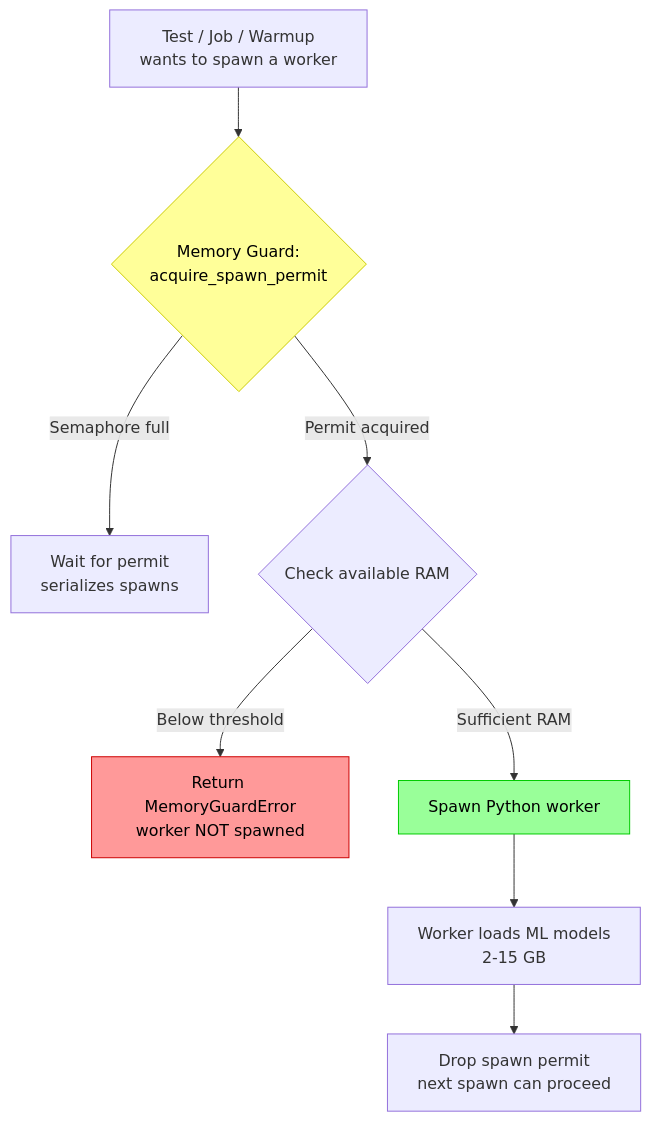
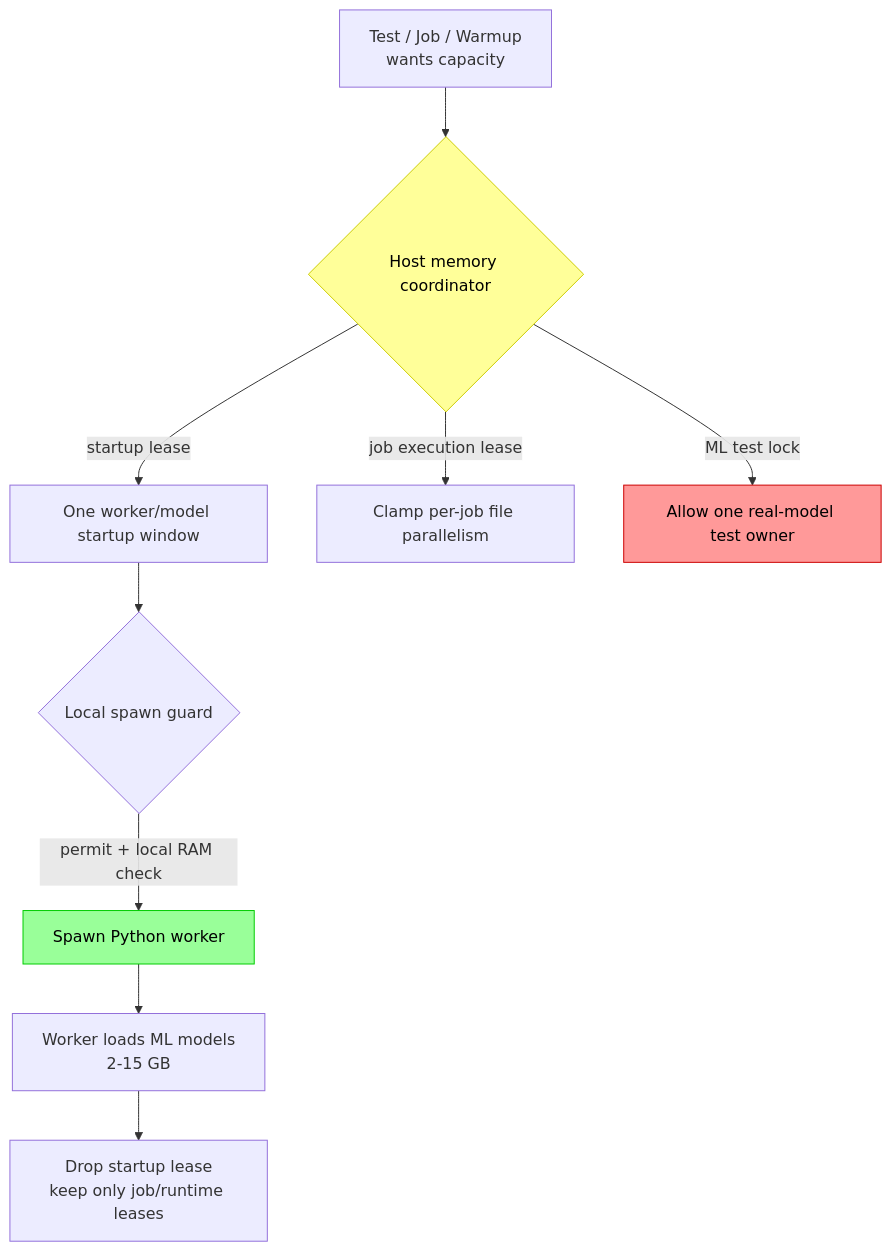
The first of 2 diagrams in docs/memory-safety.md (TalkBank/batchalign3), drawn with Mermaid before and after one commit. The commit also changed other lines of this file and 36 other files, not shown here.

First line of the commit message:
feat: memory coordinator, transcribe split, OOM/zombie prevention

````diff
--- a/docs/memory-safety.md
+++ b/docs/memory-safety.md
@@ -21,14 +21,15 @@
 ```mermaid
 flowchart TD
-    A[Test / Job / Warmup<br>wants to spawn a worker] --> B{Memory Guard:<br>acquire_spawn_permit}
-    B -->|Semaphore full| C[Wait for permit<br>serializes spawns]
-    B -->|Permit acquired| D{Check available RAM}
-    D -->|Below threshold| E[Return MemoryGuardError<br>worker NOT spawned]
-    D -->|Sufficient RAM| F[Spawn Python worker]
-    F --> G[Worker loads ML models<br>2-15 GB]
-    G --> H[Drop spawn permit<br>next spawn can proceed]
+    A[Test / Job / Warmup<br>wants capacity] --> B{Host memory coordinator}
+    B -->|startup lease| C[One worker/model startup window]
+    B -->|job execution lease| D[Clamp per-job file parallelism]
+    B -->|ML test lock| E[Allow one real-model test owner]
+    C --> F{Local spawn guard}
+    F -->|permit + local RAM check| G[Spawn Python worker]
+    G --> H[Worker loads ML models<br>2-15 GB]
+    H --> I[Drop startup lease<br>keep only job/runtime leases]
 
+    style B fill:#ff9,stroke:#cc0,color:#000
+    style G fill:#9f9,stroke:#0c0,color:#000
     style E fill:#f99,stroke:#c00,color:#000
-    style F fill:#9f9,stroke:#0c0,color:#000
-    style B fill:#ff9,stroke:#cc0,color:#000
 ```
````
